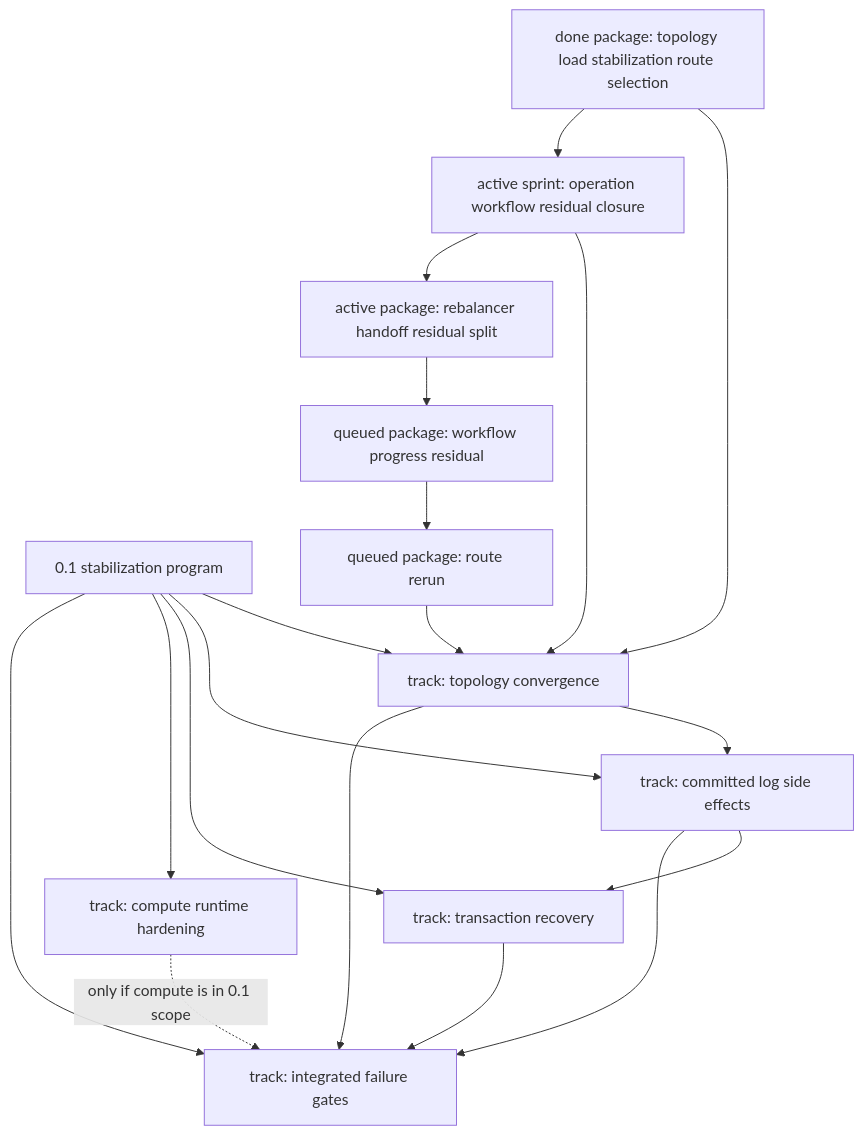
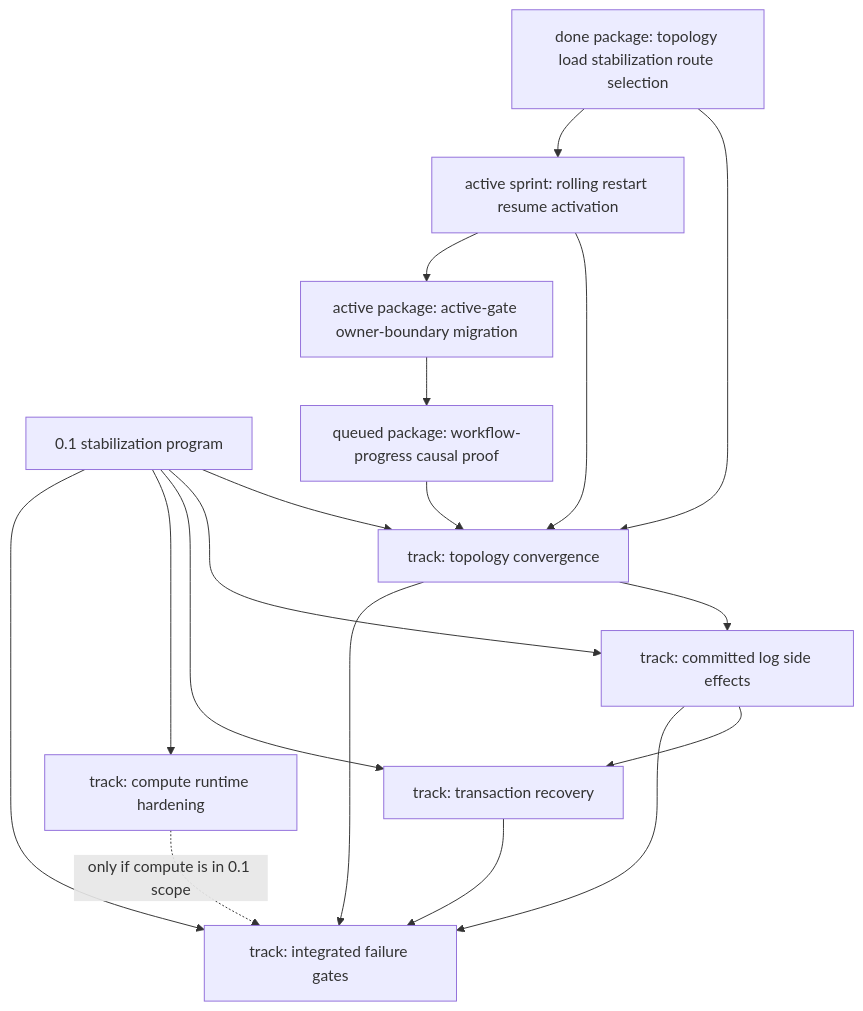
One commit to psvensson/lagrange changed the diagram in work/releases/0.1-dependency-map.md. Above: the diagram before and after it, drawn with Mermaid. The commit also changed other lines of this file and 24 other files, not shown here.

Commit message:
Close active-gate discriminator

````diff
--- a/work/releases/0.1-dependency-map.md
+++ b/work/releases/0.1-dependency-map.md
@@ -47,35 +46,33 @@
 ```mermaid
 flowchart TD
   release["0.1 stabilization program"]
   topo["track: topology convergence"]
   sidefx["track: committed log side effects"]
   tx["track: transaction recovery"]
   compute["track: compute runtime hardening"]
   gates["track: integrated failure gates"]
   route["done package: topology load stabilization route selection"]
-  sprint["active sprint: operation workflow residual closure"]
-  handoff["active package: rebalancer handoff residual split"]
-  workflow["queued package: workflow progress residual"]
-  rerun["queued package: route rerun"]
+  sprint["active sprint: rolling restart resume activation"]
+  gate["active package: active-gate owner-boundary migration"]
+  workflow["queued package: workflow-progress causal proof"]
 
   release --> topo
   release --> sidefx
   release --> tx
   release --> compute
   release --> gates
 
   route --> topo
   route --> sprint
   sprint --> topo
-  sprint --> handoff
-  handoff --> workflow
-  workflow --> rerun
-  rerun --> topo
+  sprint --> gate
+  gate --> workflow
+  workflow --> topo
 
   topo --> sidefx
   sidefx --> tx
   topo --> gates
   sidefx --> gates
   tx --> gates
   compute -. "only if compute is in 0.1 scope" .-> gates
 ```
````
